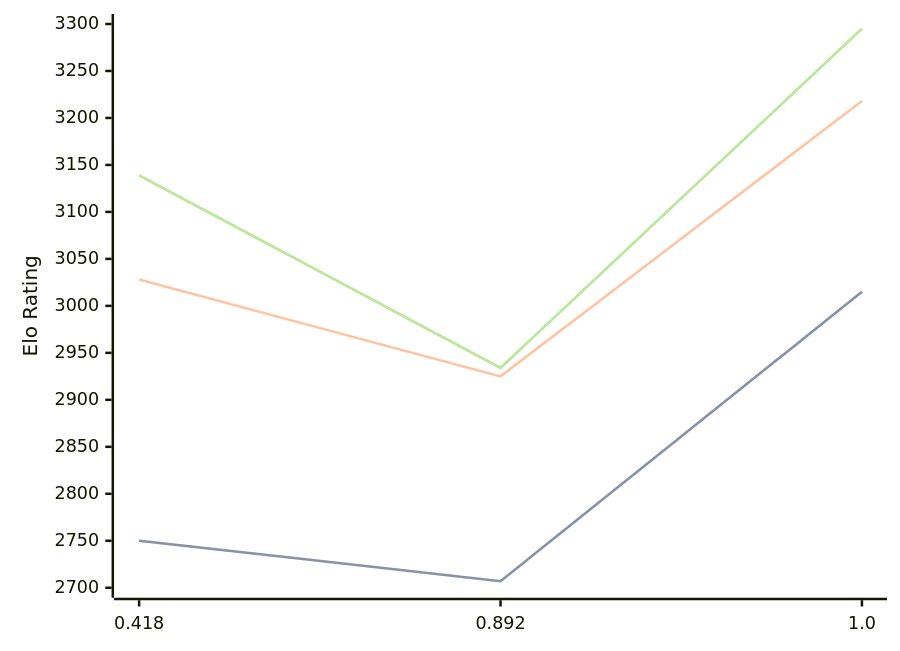
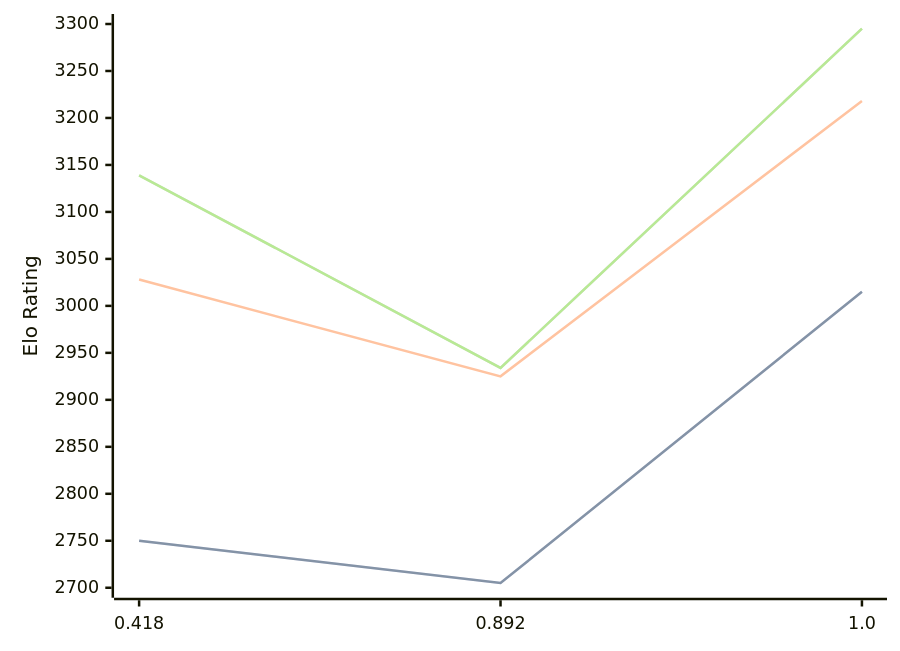
Before and after one commit to computer-chess-index/cci: the diagram in engines/Malika.md, drawn with Mermaid. The commit also changed other lines of this file, not shown here.

````diff
--- a/engines/Malika.md
+++ b/engines/Malika.md
@@ -33,11 +33,11 @@
 ```mermaid
 %%{init: {"theme":"base","themeVariables":{"seriesColors:['#a3a3a3','#222221','#faa371']}}}%%
 xychart-beta
   x-axis ["0.418", "0.892", "1.0"]
   y-axis "Elo Rating" 2700 --> 3300
-  line "STC (8.0+0.08s)" [2750, 2707, 3015]
-  line "STC (8.0+0.08s)" [2750, 2707, 3015]
+  line "STC (8.0+0.08s)" [2750, 2705, 3015]
+  line "STC (8.0+0.08s)" [2750, 2705, 3015]
   line "LTC (60.0+0.60s)" [3028, 2925, 3218]
   line "VLTC (2m24s+1.12s)" [3139, 2934, 3295]
   line "VLTC (2m24s+1.12s)" [3139, 2934, 3295]
 ```
````
